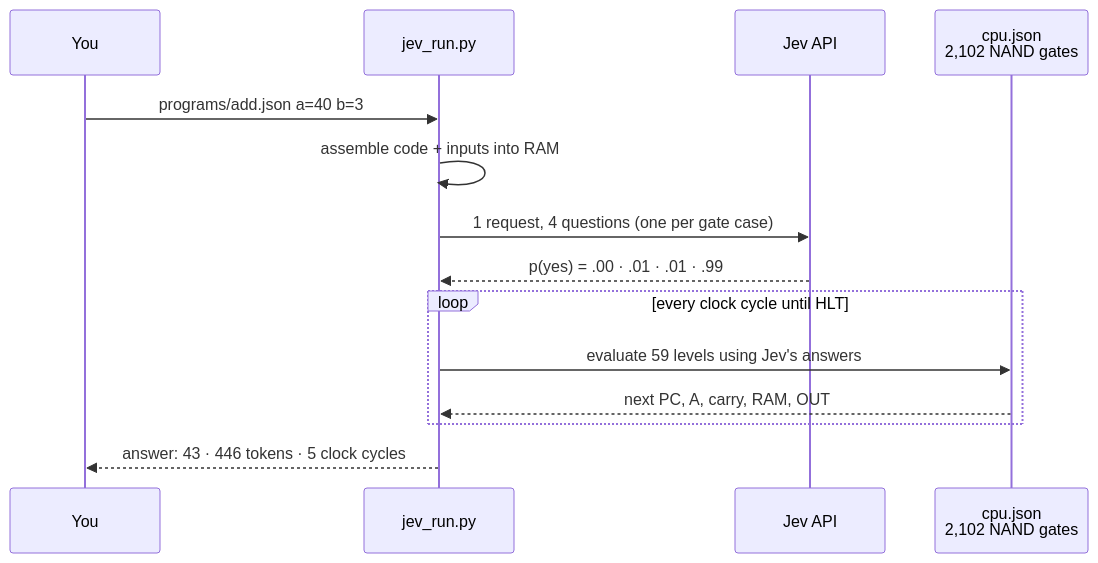
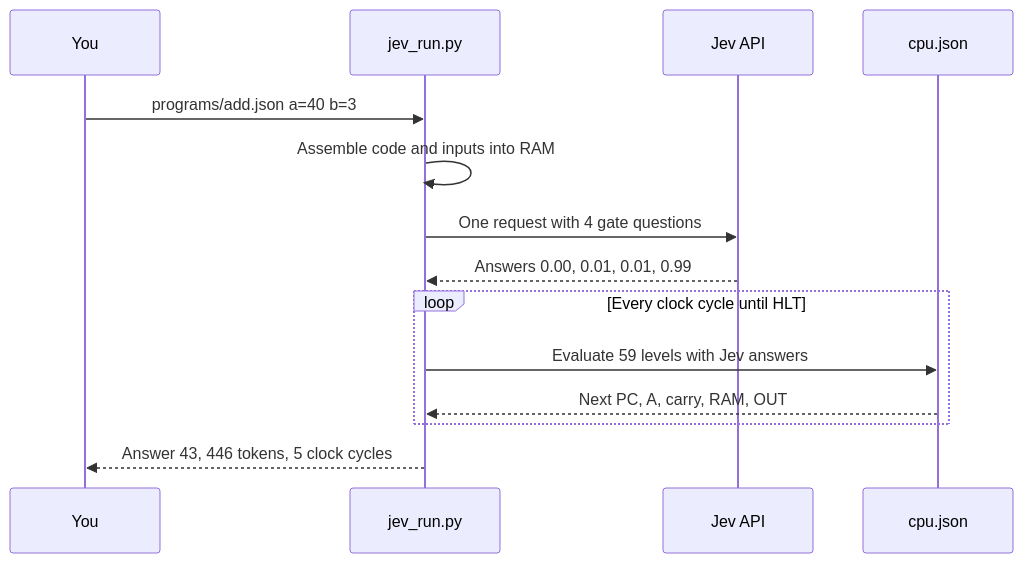
One commit to RiwRiwara/jev-computer changed the third of 3 diagrams in README.md. Above: the diagram before and after it, drawn with Mermaid. The commit also changed other lines of this file and 1 other file, not shown here.

Commit message:
Simplify Mermaid diagrams so GitHub renders them

````diff
--- a/README.md
+++ b/README.md
@@ -171,17 +159,16 @@
 ```mermaid
 sequenceDiagram
-    participant You
+    participant U as You
     participant R as jev_run.py
     participant J as Jev API
-    participant C as cpu.json<br/>2,102 NAND gates
-
-    You->>R: programs/add.json a=40 b=3
-    R->>R: assemble code + inputs into RAM
-    R->>J: 1 request, 4 questions (one per gate case)
-    J-->>R: p(yes) = .00 · .01 · .01 · .99
-    loop every clock cycle until HLT
-        R->>C: evaluate 59 levels using Jev's answers
-        C-->>R: next PC, A, carry, RAM, OUT
+    participant C as cpu.json
+    U->>R: programs/add.json a=40 b=3
+    R->>R: Assemble code and inputs into RAM
+    R->>J: One request with 4 gate questions
+    J-->>R: Answers 0.00, 0.01, 0.01, 0.99
+    loop Every clock cycle until HLT
+        R->>C: Evaluate 59 levels with Jev answers
+        C-->>R: Next PC, A, carry, RAM, OUT
     end
-    R-->>You: answer: 43 · 446 tokens · 5 clock cycles
+    R-->>U: Answer 43, 446 tokens, 5 clock cycles
 ```
````
